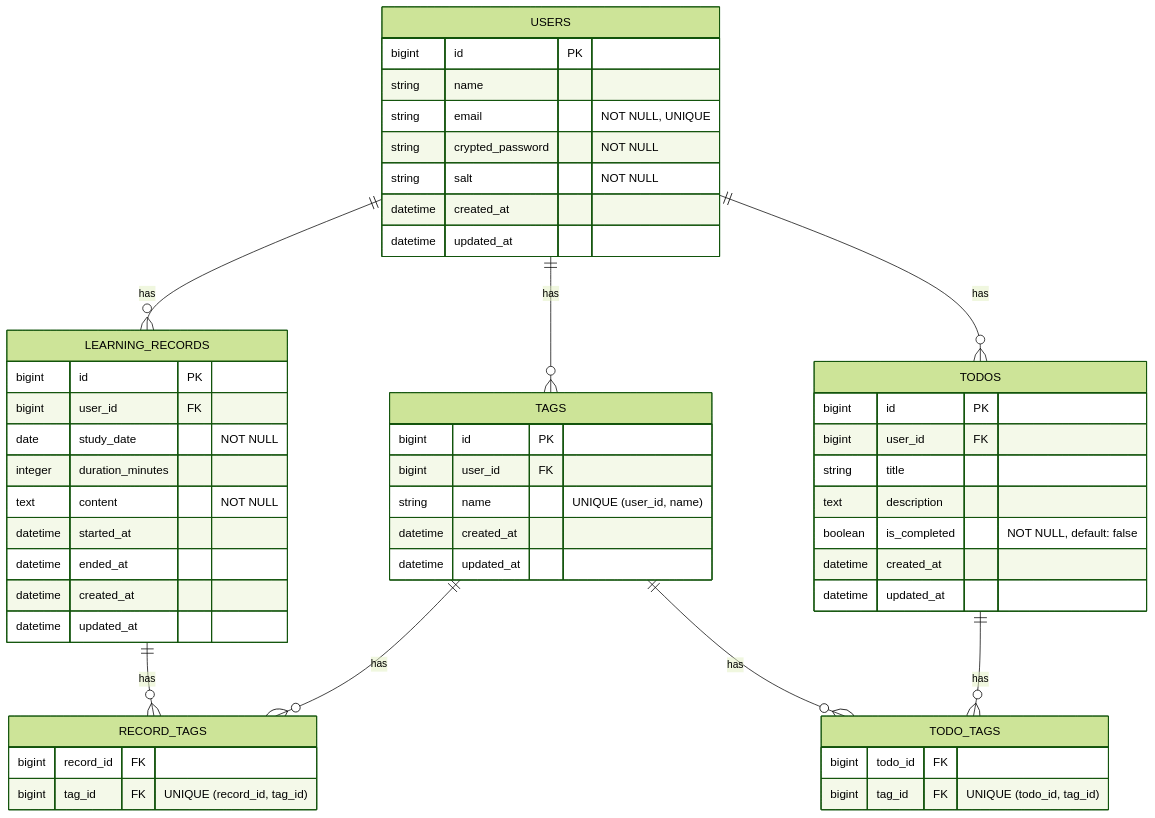
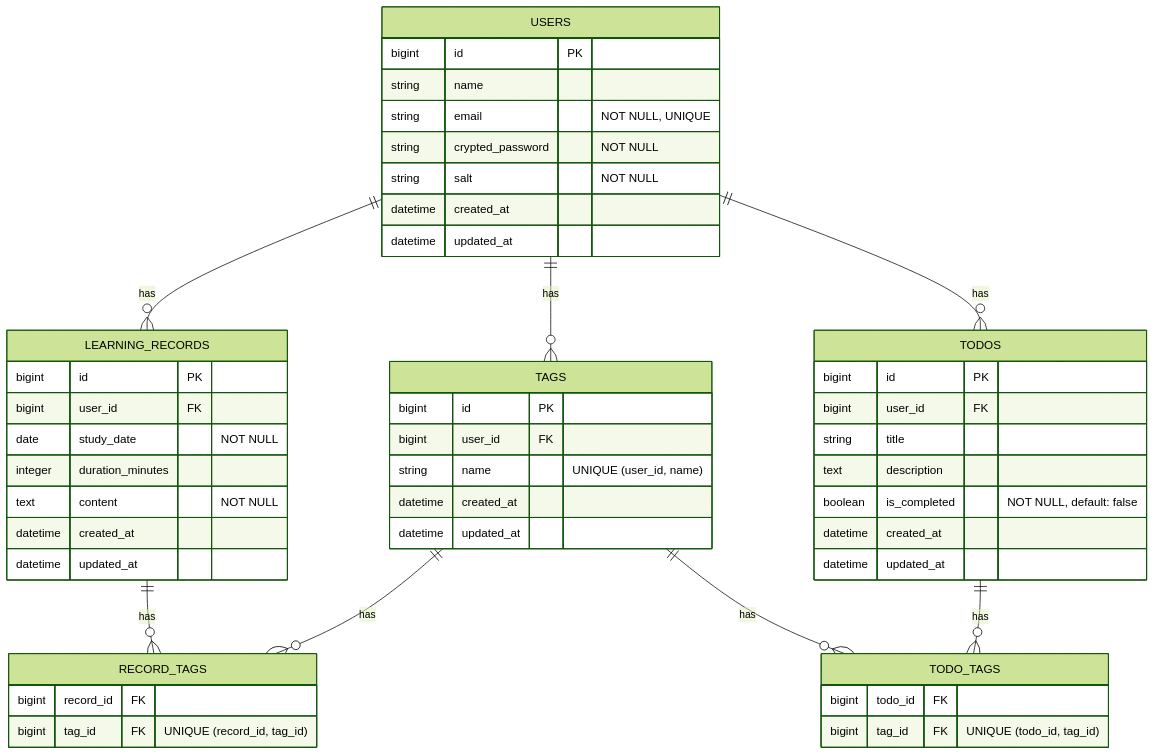
The diagram in docs/er_diagram.md (QynToKey/HowLongWillItLast), drawn with Mermaid (forest theme) before and after one commit. The commit also changed other lines of this file and 1 other file, not shown here.

````diff
--- a/docs/er_diagram.md
+++ b/docs/er_diagram.md
@@ -102,63 +99,61 @@
 ```mermaid
 erDiagram
 
     USERS {
         bigint id PK
         string name
         string email "NOT NULL, UNIQUE"
         string crypted_password "NOT NULL"
         string salt "NOT NULL"
         datetime created_at
         datetime updated_at
     }
 
     LEARNING_RECORDS {
         bigint id PK
         bigint user_id FK
         date study_date "NOT NULL"
         integer duration_minutes
         text content "NOT NULL"
-        datetime started_at
-        datetime ended_at
         datetime created_at
         datetime updated_at
     }
 
     TAGS {
         bigint id PK
         bigint user_id FK
         string name "UNIQUE (user_id, name)"
         datetime created_at
         datetime updated_at
     }
 
     TODOS {
         bigint id PK
         bigint user_id FK
         string title
         text description
         boolean is_completed "NOT NULL, default: false"
         datetime created_at
         datetime updated_at
     }
 
     RECORD_TAGS {
         bigint record_id FK
         bigint tag_id FK "UNIQUE (record_id, tag_id)"
     }
 
     TODO_TAGS {
       bigint todo_id FK
       bigint tag_id FK "UNIQUE (todo_id, tag_id)"
     }
 
     USERS ||--o{ LEARNING_RECORDS : has
     USERS ||--o{ TAGS : has
     USERS ||--o{ TODOS : has
 
     LEARNING_RECORDS ||--o{ RECORD_TAGS : has
     TAGS ||--o{ RECORD_TAGS : has
 
     TODOS ||--o{ TODO_TAGS : has
     TAGS ||--o{ TODO_TAGS : has
 ```
````
